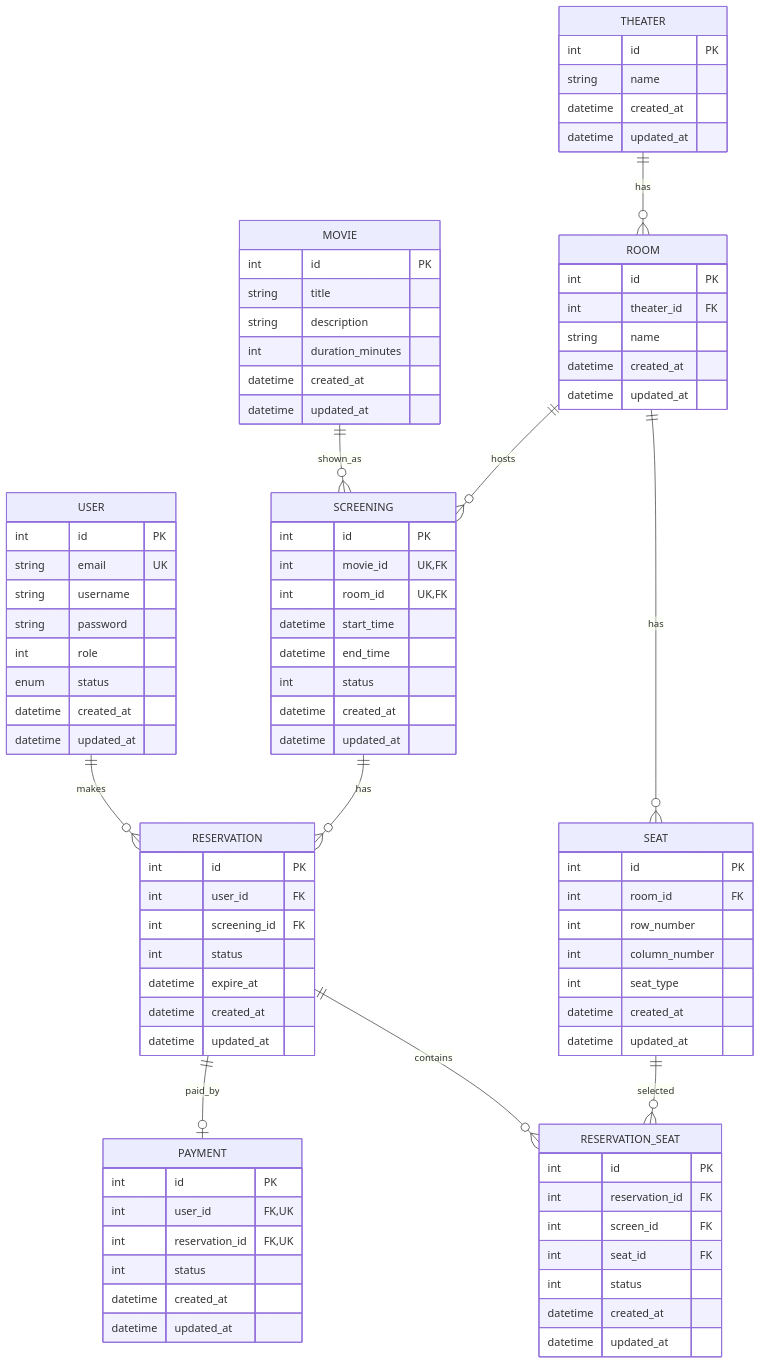
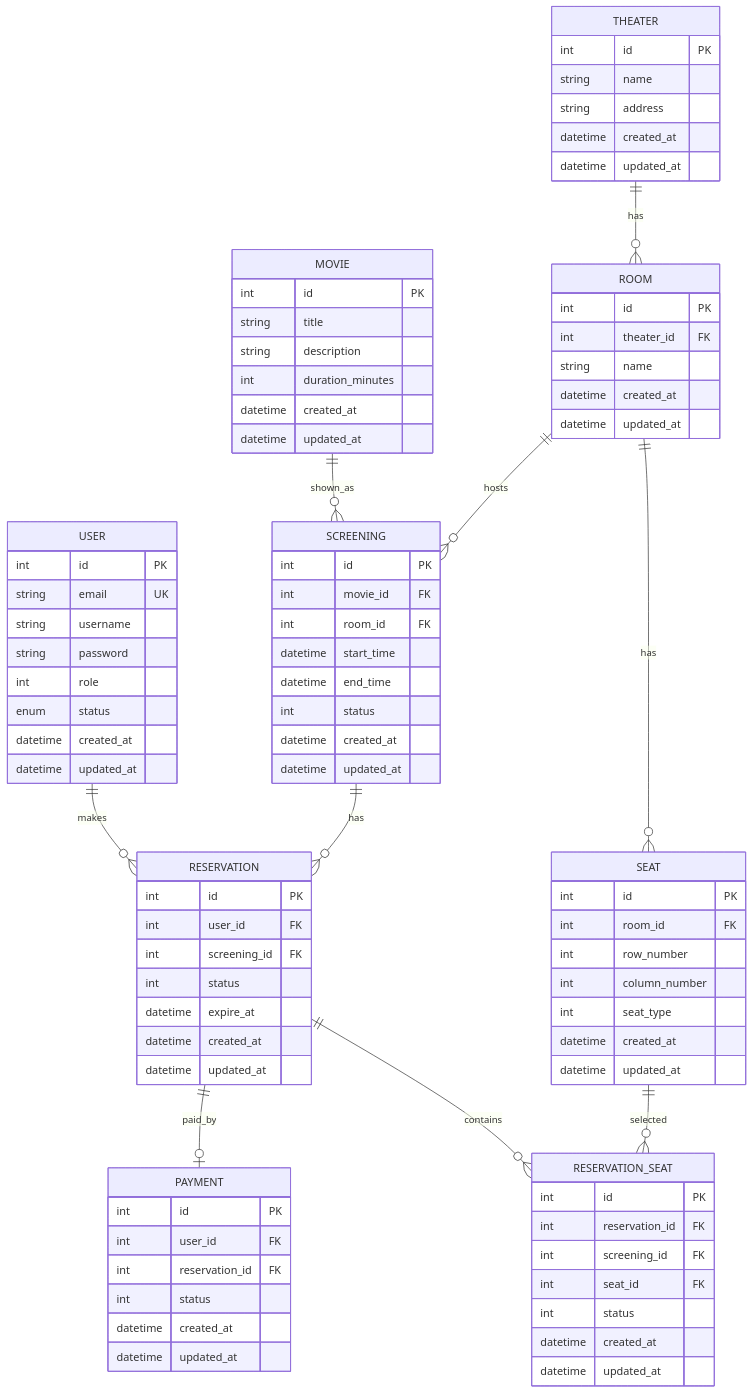
Before and after one commit to Reserix/reserix-api: the diagram in docs/database/README.md, drawn with Mermaid. The commit also changed other lines of this file, not shown here.

Commit message:
Update the DB schema and ERD for issue #4

````diff
--- a/docs/database/README.md
+++ b/docs/database/README.md
@@ -27,6 +27,7 @@
     THEATER {
         int id PK
         string name
+        string address
         datetime created_at
         datetime updated_at
     }
@@ -51,8 +52,8 @@
   
     SCREENING {
         int id PK
-        int movie_id UK, FK
-        int room_id UK, FK
+        int movie_id FK
+        int room_id FK
         datetime start_time
         datetime end_time
         int status
@@ -73,7 +74,7 @@
     RESERVATION_SEAT {
         int id PK
         int reservation_id FK
-        int screen_id FK
+        int screening_id FK
         int seat_id FK
         int status
         datetime created_at
@@ -82,8 +83,8 @@
 
     PAYMENT {
         int id PK
-        int user_id FK, UK
-        int reservation_id FK, UK
+        int user_id FK
+        int reservation_id FK
         int status
         datetime created_at
         datetime updated_at
@@ -97,7 +98,6 @@
     USER ||--o{ RESERVATION : makes
     SCREENING ||--o{ RESERVATION : has
     RESERVATION ||--o{ RESERVATION_SEAT : contains
+    RESERVATION ||--o| PAYMENT : paid_by
     SEAT ||--o{ RESERVATION_SEAT : selected
-
-    RESERVATION ||--o| PAYMENT : paid_by
 ```
````
